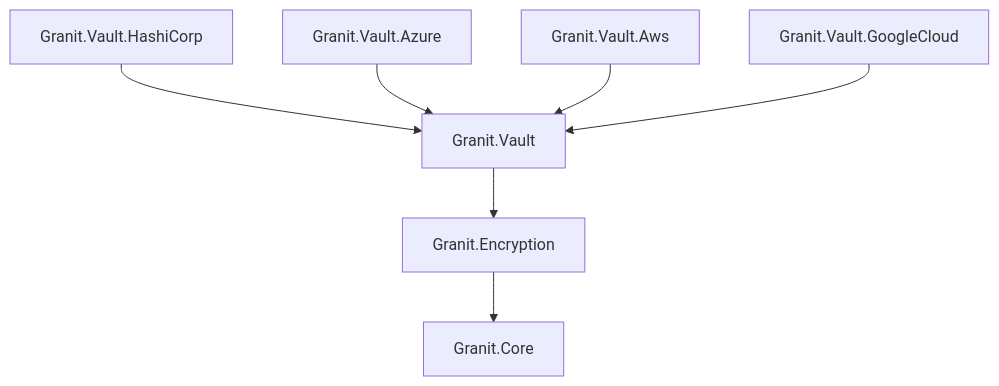
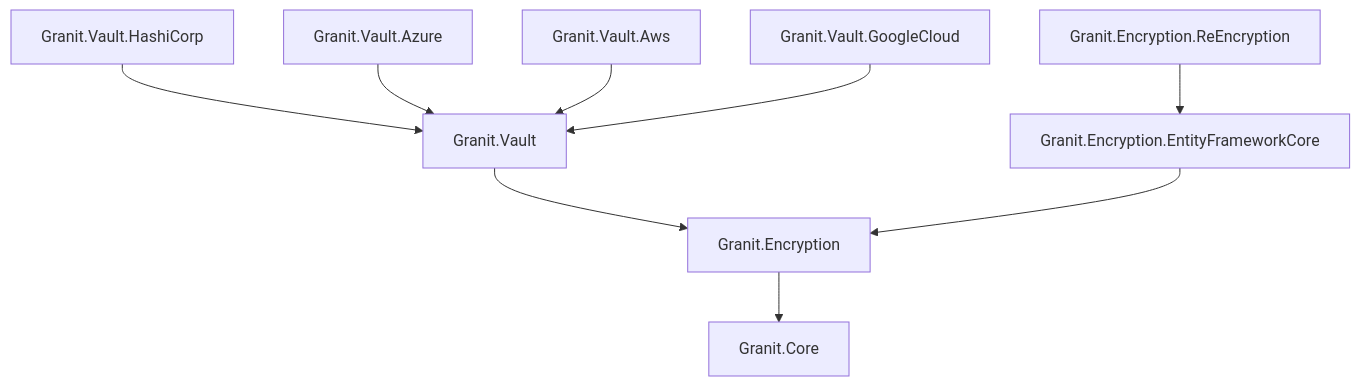
One commit to granit-fx/granit-dotnet changed the diagram in docs-site/src/content/docs/dotnet/security/vault-encryption.mdx. Above: the diagram before and after it, drawn with Mermaid. The commit also changed other lines of this file and 1 other file, not shown here.

Commit message:
docs(encryption): document [Encrypted], ApplyEncryptionConventions, IReEncryptionJob, and Vault key rotation (#251 #252)

````diff
--- a/docs-site/src/content/docs/dotnet/security/vault-encryption.mdx
+++ b/docs-site/src/content/docs/dotnet/security/vault-encryption.mdx
@@ -41,9 +43,11 @@
 ```mermaid
 graph TD
     VH[Granit.Vault.HashiCorp] --> V[Granit.Vault]
     VA[Granit.Vault.Azure] --> V
     VAW[Granit.Vault.Aws] --> V
     VGC[Granit.Vault.GoogleCloud] --> V
     V --> E[Granit.Encryption]
     E --> C[Granit.Core]
+    EEFC[Granit.Encryption.EntityFrameworkCore] --> E
+    EERE[Granit.Encryption.ReEncryption] --> EEFC
 ```
````
